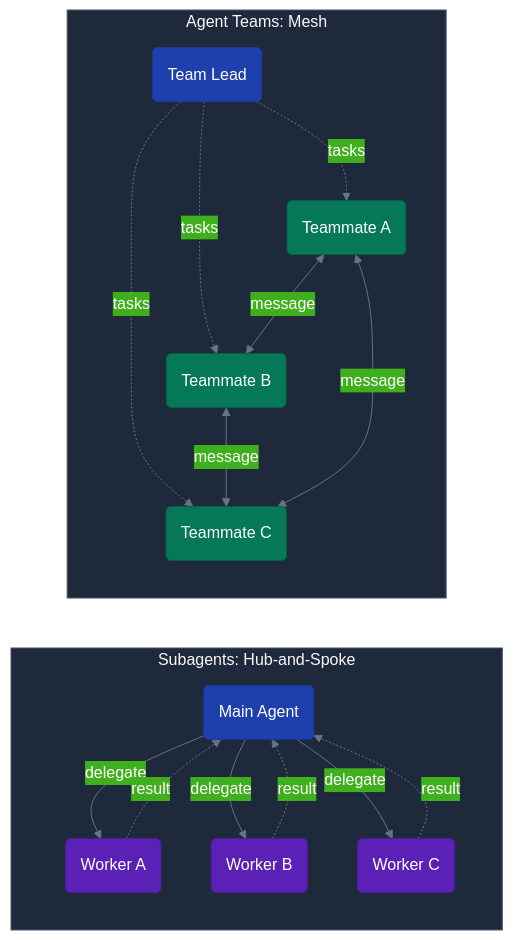
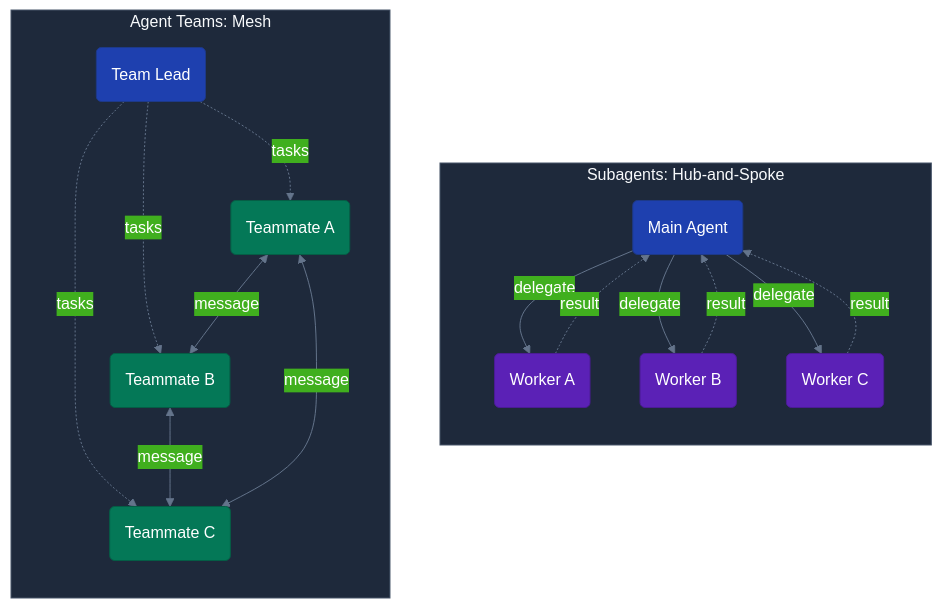
Before and after one commit to mxcoppell/cc-agent-team: the eighth of 14 diagrams in README.md, drawn with Mermaid. The commit also changed other lines of this file, not shown here.

Commit message:
Switch all mermaid diagrams from LR to TD flow

````diff
--- a/README.md
+++ b/README.md
@@ -712,48 +712,48 @@
 ```mermaid
 %%{init: {
   'theme': 'base',
   'themeVariables': {
     'primaryColor': '#1e40af',
     'primaryTextColor': '#ffffff',
     'primaryBorderColor': '#1e3a8a',
     'lineColor': '#64748b',
     'clusterBkg': '#1e293b',
     'clusterBorder': '#475569',
     'tertiaryColor': '#334155',
     'tertiaryTextColor': '#f8fafc'
   }
 }}%%
-flowchart LR
+flowchart TD
     classDef primary fill:#1e40af,stroke:#1e3a8a,stroke-width:1px,color:#ffffff,rx:5,ry:5
     classDef secondary fill:#5b21b6,stroke:#4c1d95,stroke-width:1px,color:#ffffff,rx:5,ry:5
     classDef success fill:#047857,stroke:#065f46,stroke-width:1px,color:#ffffff,rx:5,ry:5
     classDef accent fill:#0e7490,stroke:#155e75,stroke-width:1px,color:#ffffff,rx:5,ry:5
 
     subgraph HubSpoke["Subagents: Hub-and-Spoke"]
         direction TB
         HUB(Main Agent):::primary
         S1(Worker A):::secondary
         S2(Worker B):::secondary
         S3(Worker C):::secondary
         HUB -->|"delegate"| S1
         HUB -->|"delegate"| S2
         HUB -->|"delegate"| S3
         S1 -.->|"result"| HUB
         S2 -.->|"result"| HUB
         S3 -.->|"result"| HUB
     end
 
     subgraph Mesh["Agent Teams: Mesh"]
         direction TB
         LEAD(Team Lead):::primary
         M1(Teammate A):::success
         M2(Teammate B):::success
         M3(Teammate C):::success
         LEAD -.->|"tasks"| M1
         LEAD -.->|"tasks"| M2
         LEAD -.->|"tasks"| M3
         M1 <-->|"message"| M2
         M2 <-->|"message"| M3
         M1 <-->|"message"| M3
     end
 ```
````
